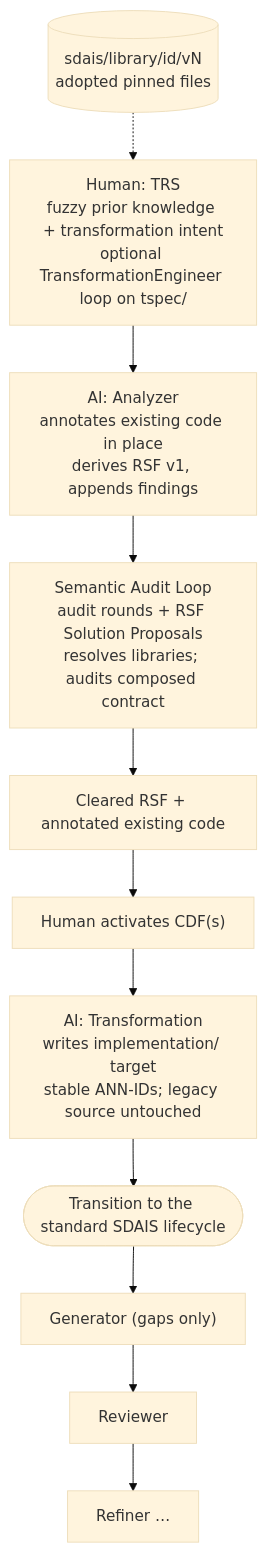
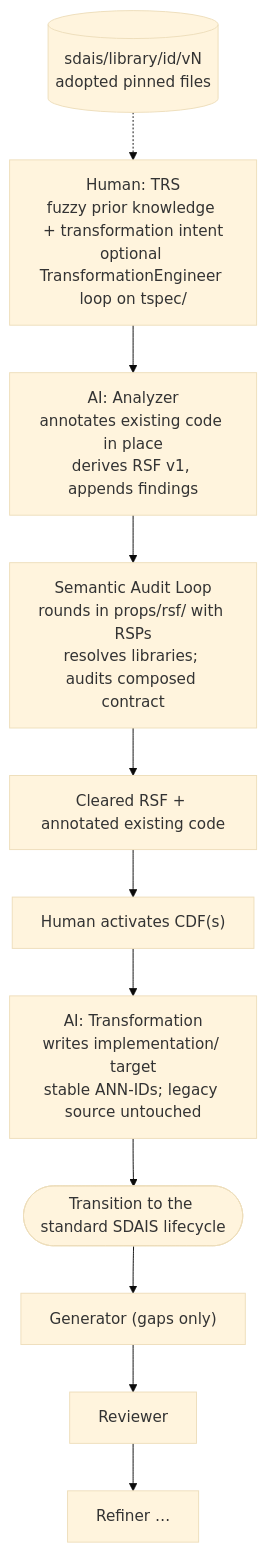
Before and after one commit to tideland/sdais: the second of 2 diagrams in SDAIS.md, drawn with Mermaid (base theme). The commit also changed other lines of this file and 24 other files, not shown here.

````diff
--- a/SDAIS.md
+++ b/SDAIS.md
@@ -796,13 +791,13 @@
 ```mermaid
 flowchart TD
     TS["Human: TRS<br/>fuzzy prior knowledge + transformation intent<br/>optional TransformationEngineer loop on tspec/"] --> AN["AI: Analyzer<br/>annotates existing code in place<br/>derives RSF v1, appends findings"]
     LIB[("sdais/library/id/vN<br/>adopted pinned files")] -.-> TS
-    AN --> SA["Semantic Audit Loop<br/>audit rounds + RSF Solution Proposals<br/>resolves libraries; audits composed contract"]
+    AN --> SA["Semantic Audit Loop<br/>rounds in props/rsf/ with RSPs<br/>resolves libraries; audits composed contract"]
     SA --> CL["Cleared RSF + annotated existing code"]
     CL --> CDF["Human activates CDF(s)"]
     CDF --> TR["AI: Transformation<br/>writes implementation/ target<br/>stable ANN-IDs; legacy source untouched"]
     TR --> J(["Transition to the standard SDAIS lifecycle"])
     J --> GEN["Generator (gaps only)"]
     GEN --> REV["Reviewer"]
     REV --> REF["Refiner …"]
 ```
````
